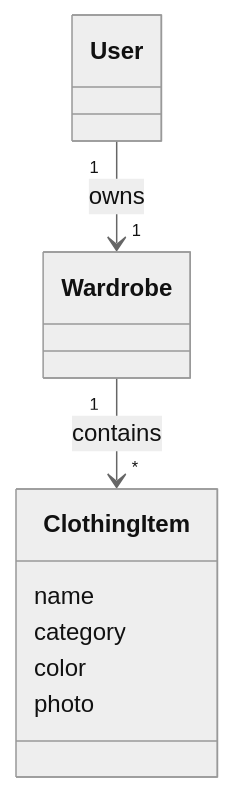
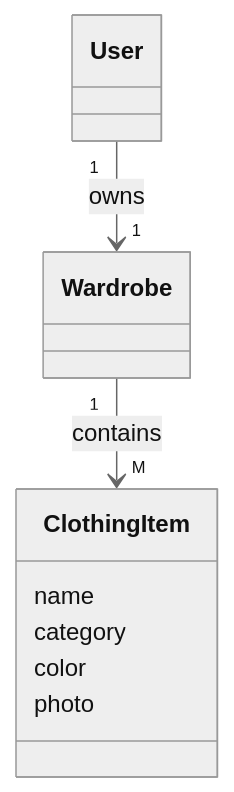
One commit to declanbuckley6218/stAIlistic changed the first of 4 diagrams in docs/diagrams/add-button.md. Above: the diagram before and after it, drawn with Mermaid (neutral theme). The commit also changed other lines of this file, not shown here.

Commit message:
update add button diagrams

````diff
--- a/docs/diagrams/add-button.md
+++ b/docs/diagrams/add-button.md
@@ -7,13 +7,13 @@
 ```mermaid
 classDiagram
     class User
     class Wardrobe
     class ClothingItem {
         name
         category
         color
         photo
     }
     User "1" --> "1" Wardrobe : owns
-    Wardrobe "1" --> "*" ClothingItem : contains
+    Wardrobe "1" --> "M" ClothingItem : contains
 ```
````
